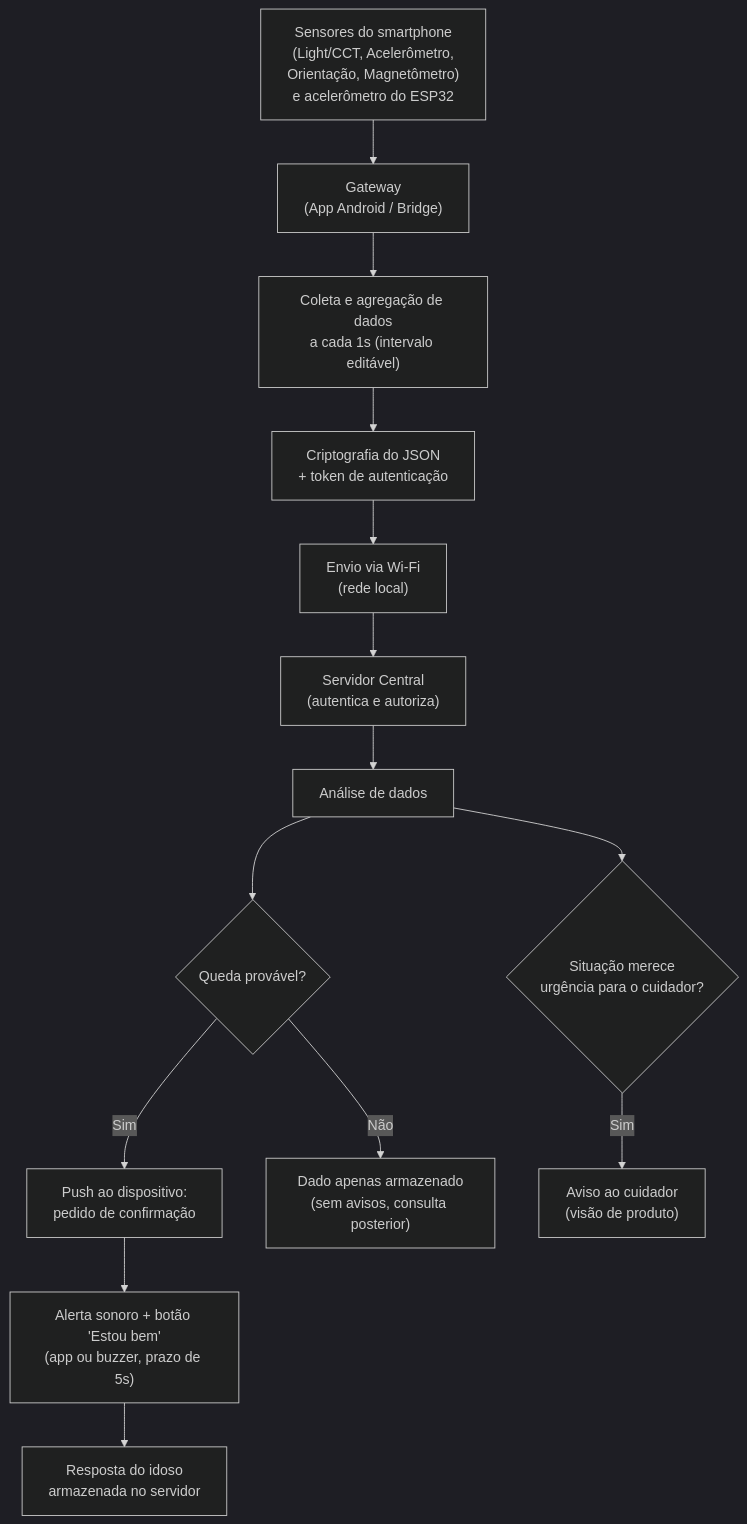
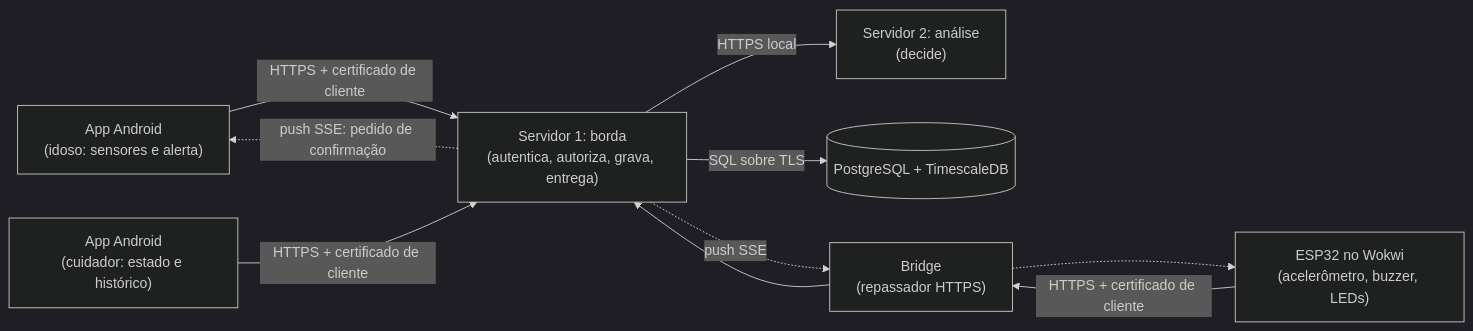
Before and after one commit to UFG-INF-SSU-2026/Flow: the diagram in README.md, drawn with Mermaid (dark theme). The commit also changed other lines of this file and 11 other files, not shown here.

````diff
--- a/README.md
+++ b/README.md
@@ -146,16 +12,18 @@
 ```mermaid
-flowchart TD
-    A["Sensores do smartphone<br/>(Light/CCT, Acelerômetro,<br/>Orientação, Magnetômetro)<br/>e acelerômetro do ESP32"] --> B["Gateway<br/>(App Android / Bridge)"]
-    B --> C["Coleta e agregação de dados<br/>a cada 1s (intervalo editável)"]
-    C --> D["Criptografia do JSON<br/>+ token de autenticação"]
-    D --> E["Envio via Wi-Fi<br/>(rede local)"]
-    E --> F["Servidor Central<br/>(autentica e autoriza)"]
-    F --> G["Análise de dados"]
-    G --> H{"Queda provável?"}
-    H -->|"Sim"| I["Push ao dispositivo:<br/>pedido de confirmação"]
-    I --> J["Alerta sonoro + botão 'Estou bem'<br/>(app ou buzzer, prazo de 5s)"]
-    J --> K["Resposta do idoso<br/>armazenada no servidor"]
-    H -->|"Não"| L["Dado apenas armazenado<br/>(sem avisos, consulta posterior)"]
-    G --> M{"Situação merece<br/>urgência para o cuidador?"}
-    M -->|"Sim"| N["Aviso ao cuidador<br/>(visão de produto)"]
+flowchart LR
+    APP["App Android<br/>(idoso: sensores e alerta)"]
+    CUID["App Android<br/>(cuidador: estado e histórico)"]
+    ESP["ESP32 no Wokwi<br/>(acelerômetro, buzzer, LEDs)"]
+    BR["Bridge<br/>(repassador HTTPS)"]
+    BORDA["Servidor 1: borda<br/>(autentica, autoriza, grava, entrega)"]
+    AN["Servidor 2: análise<br/>(decide)"]
+    DB[("PostgreSQL + TimescaleDB")]
+
+    APP -->|"HTTPS + certificado de cliente"| BORDA
+    CUID -->|"HTTPS + certificado de cliente"| BORDA
+    ESP -->|"HTTPS + certificado de cliente"| BR --> BORDA
+    BORDA -->|"HTTPS local"| AN
+    BORDA -->|"SQL sobre TLS"| DB
+    BORDA -.->|"push SSE: pedido de confirmação"| APP
+    BORDA -.->|"push SSE"| BR -.-> ESP
 ```
````
